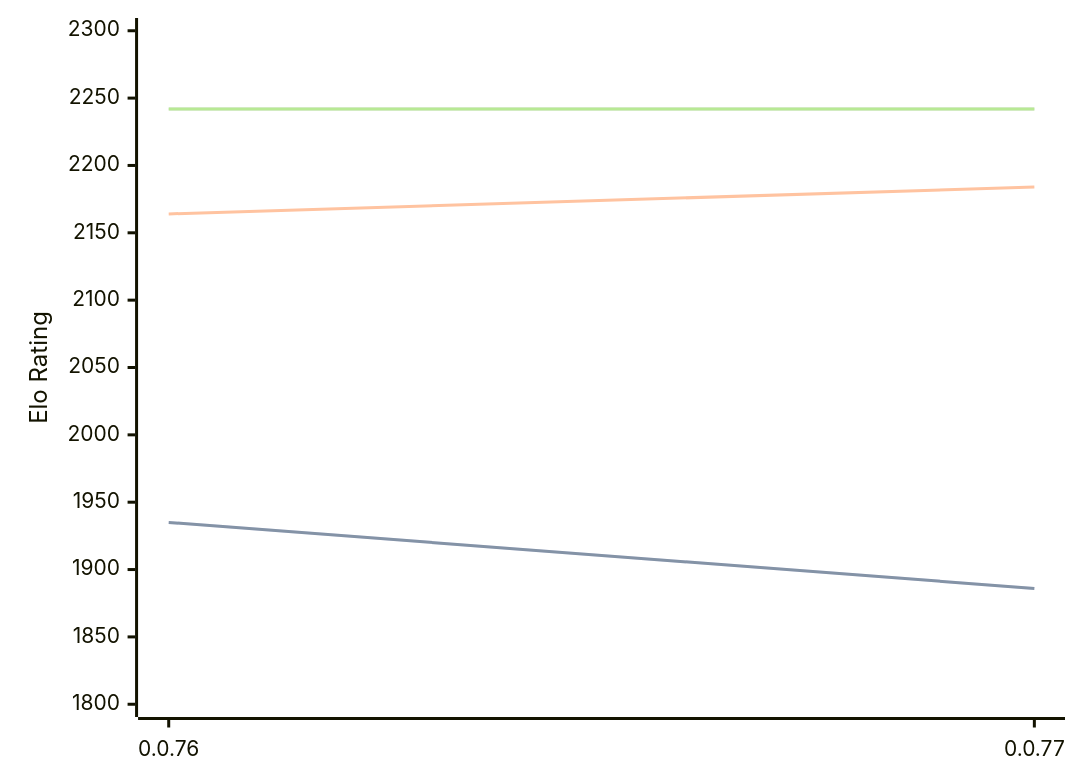
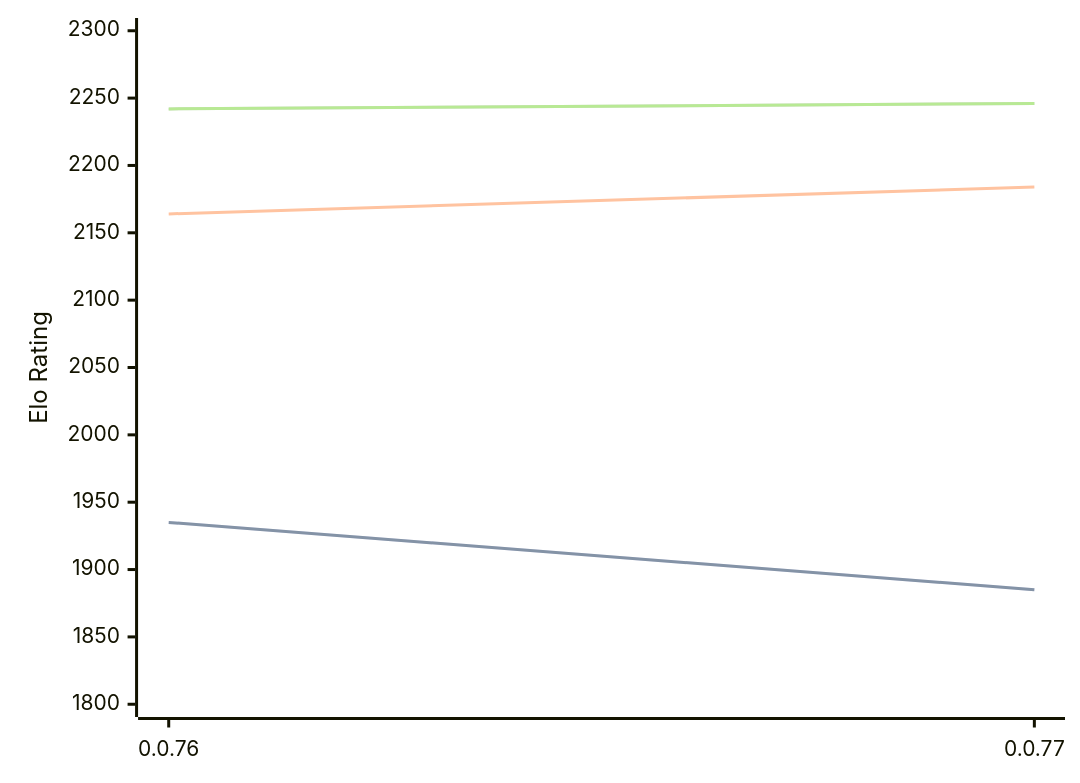
Before and after one commit to computer-chess-index/cci: the diagram in engines/Fktb.md, drawn with Mermaid. The commit also changed other lines of this file, not shown here.

Commit message:
Update CCI Ratings (ELO VLTC) - 2026-04-10

````diff
--- a/engines/Fktb.md
+++ b/engines/Fktb.md
@@ -32,11 +32,11 @@
 ```mermaid
 %%{init: {"theme":"base","themeVariables":{"seriesColors:['#a3a3a3','#222221','#faa371']}}}%%
 xychart-beta
   x-axis ["0.0.76", "0.0.77"]
   y-axis "Elo Rating" 1800 --> 2300
-  line "STC (8.0+0.08s)" [1935, 1886]
-  line "STC (8.0+0.08s)" [1935, 1886]
+  line "STC (8.0+0.08s)" [1935, 1885]
+  line "STC (8.0+0.08s)" [1935, 1885]
   line "LTC (60.0+0.60s)" [2164, 2184]
-  line "VLTC (2m24s+1.12s)" [2242, 2242]
-  line "VLTC (2m24s+1.12s)" [2242, 2242]
+  line "VLTC (2m24s+1.12s)" [2242, 2246]
+  line "VLTC (2m24s+1.12s)" [2242, 2246]
 ```
````
